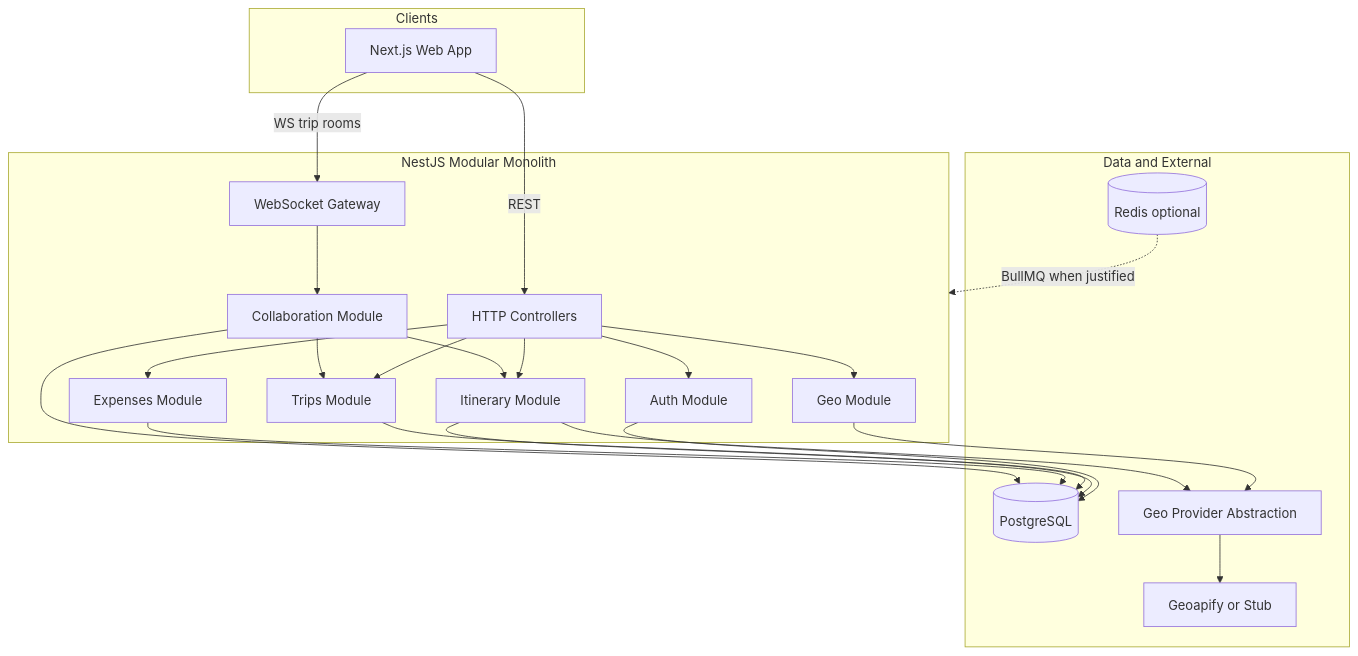
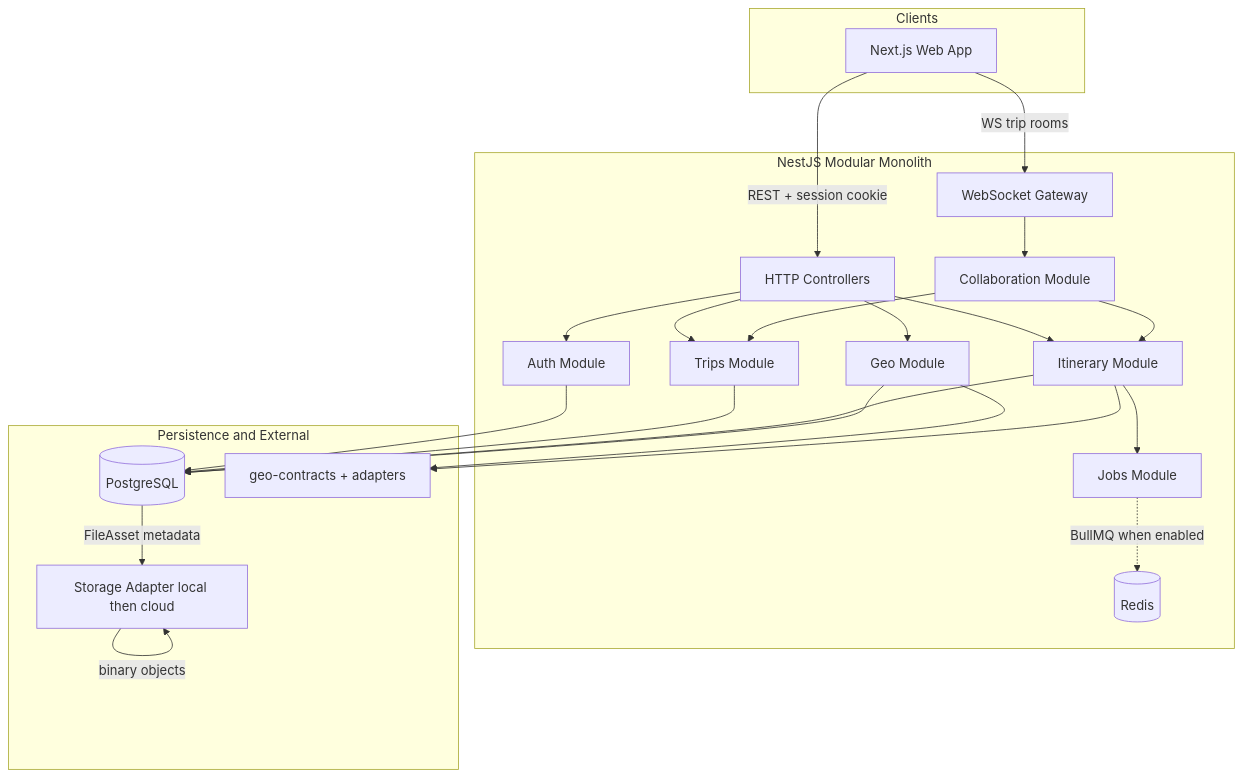
The first of 2 diagrams in docs/ARCHITECTURE.md (Manish1671/roamly), drawn with Mermaid before and after one commit. The commit also changed other lines of this file and 5 other files, not shown here.

Commit message:
docs: finalise Roamly architecture blueprint

````diff
--- a/docs/ARCHITECTURE.md
+++ b/docs/ARCHITECTURE.md
@@ -7,44 +9,43 @@
 ```mermaid
 flowchart TB
   subgraph clients [Clients]
     Web[Next.js Web App]
   end
 
   subgraph api [NestJS Modular Monolith]
     GW[HTTP Controllers]
     WS[WebSocket Gateway]
     Auth[Auth Module]
     Trips[Trips Module]
     Itin[Itinerary Module]
     Geo[Geo Module]
-    Wallet[Expenses Module]
+    Jobs[Jobs Module]
     Collab[Collaboration Module]
     GW --> Auth
     GW --> Trips
     GW --> Itin
     GW --> Geo
-    GW --> Wallet
     WS --> Collab
     Collab --> Trips
     Collab --> Itin
+    Itin --> Jobs
+    Jobs -.->|BullMQ when enabled| Redis[(Redis)]
   end
 
-  subgraph data [Data and External]
+  subgraph data [Persistence and External]
     PG[(PostgreSQL)]
-    Redis[(Redis optional)]
-    GeoP[Geo Provider Abstraction]
-    Geoapify[Geoapify or Stub]
+    FS[Storage Adapter local then cloud]
+    GeoP[geo-contracts + adapters]
   end
 
-  Web -->|REST| GW
+  Web -->|REST + session cookie| GW
   Web -->|WS trip rooms| WS
   Auth --> PG
   Trips --> PG
   Itin --> PG
-  Wallet --> PG
   Geo --> GeoP
-  GeoP --> Geoapify
+  Geo --> PG
   Itin --> GeoP
-  Collab --> PG
-  Redis -.->|BullMQ when justified| api
+  FS -->|binary objects| FS
+  PG -->|FileAsset metadata| FS
 ```
````
